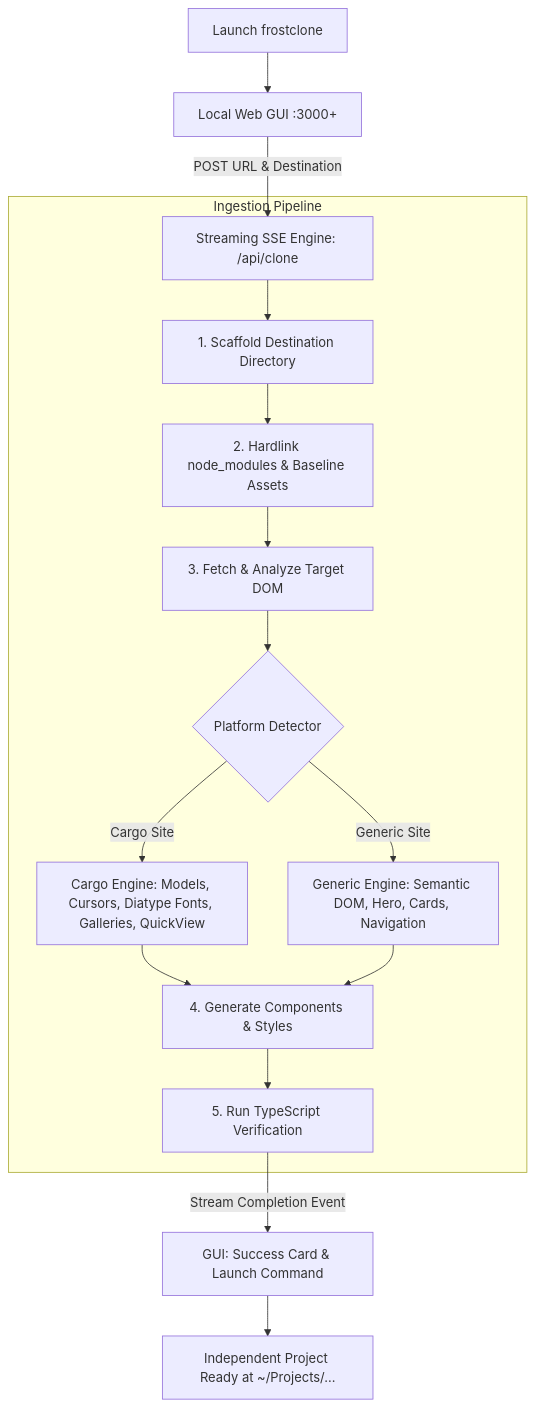
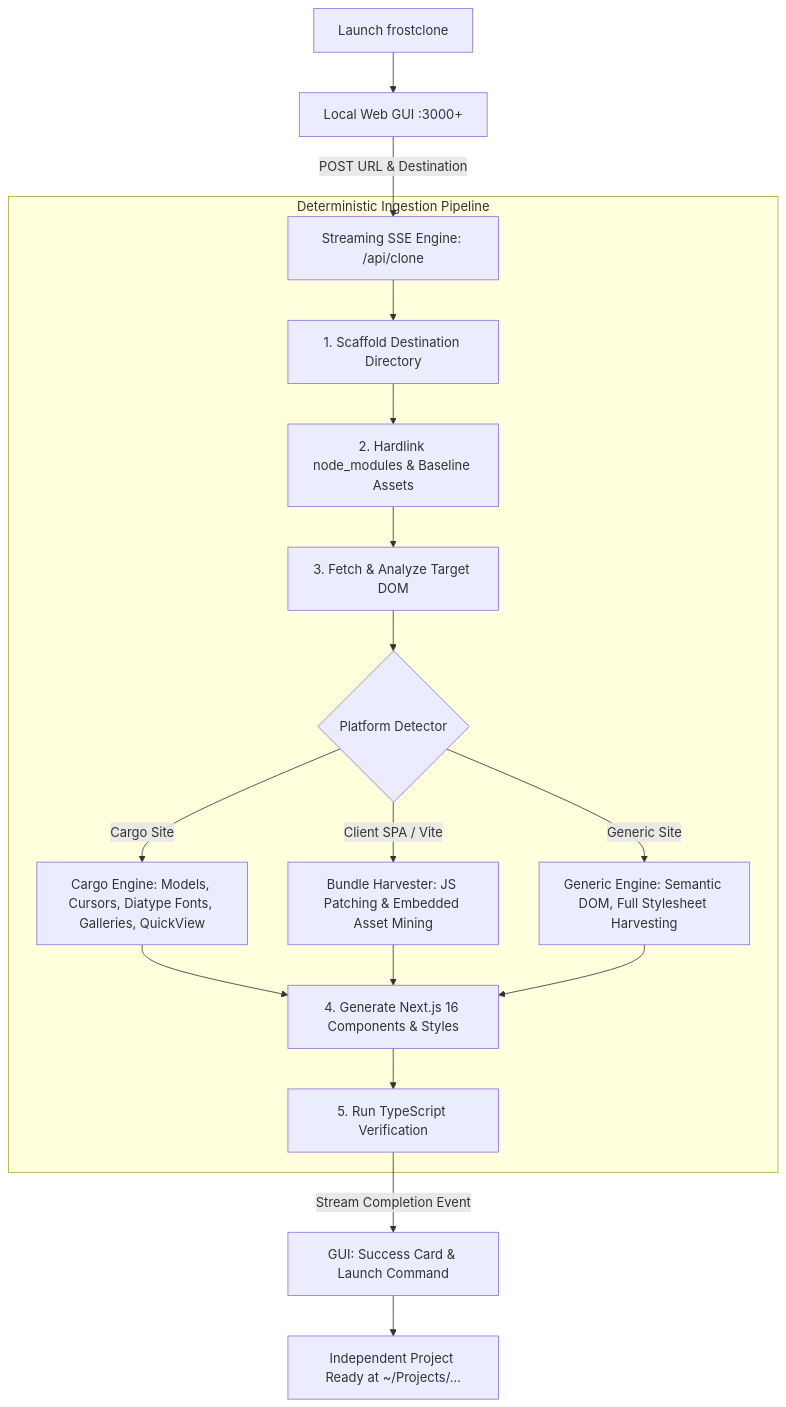
The diagram in README.md (frostmute/frostclone), drawn with Mermaid before and after one commit. The commit also changed other lines of this file and 1 other file, not shown here.

Commit message:
docs: document deterministic zero-LLM architecture and differentiation from legacy scrapers

````diff
--- a/README.md
+++ b/README.md
@@ -65,20 +117,22 @@
 ```mermaid
 flowchart TD
     A[Launch frostclone] --> B[Local Web GUI :3000+]
     B -->|POST URL & Destination| C[Streaming SSE Engine: /api/clone]
     
-    subgraph Pipeline [Ingestion Pipeline]
+    subgraph Pipeline [Deterministic Ingestion Pipeline]
         C --> D[1. Scaffold Destination Directory]
         D --> E[2. Hardlink node_modules & Baseline Assets]
         E --> F[3. Fetch & Analyze Target DOM]
         F --> G{Platform Detector}
         G -->|Cargo Site| H[Cargo Engine: Models, Cursors, Diatype Fonts, Galleries, QuickView]
-        G -->|Generic Site| I[Generic Engine: Semantic DOM, Hero, Cards, Navigation]
-        H --> J[4. Generate Components & Styles]
-        I --> J
-        J --> K[5. Run TypeScript Verification]
+        G -->|Client SPA / Vite| I[Bundle Harvester: JS Patching & Embedded Asset Mining]
+        G -->|Generic Site| J[Generic Engine: Semantic DOM, Full Stylesheet Harvesting]
+        H --> K[4. Generate Next.js 16 Components & Styles]
+        I --> K
+        J --> K
+        K --> L[5. Run TypeScript Verification]
     end
 
-    K -->|Stream Completion Event| L[GUI: Success Card & Launch Command]
-    L --> M[Independent Project Ready at ~/Projects/...]
+    L -->|Stream Completion Event| M[GUI: Success Card & Launch Command]
+    M --> N[Independent Project Ready at ~/Projects/...]
 ```
````
